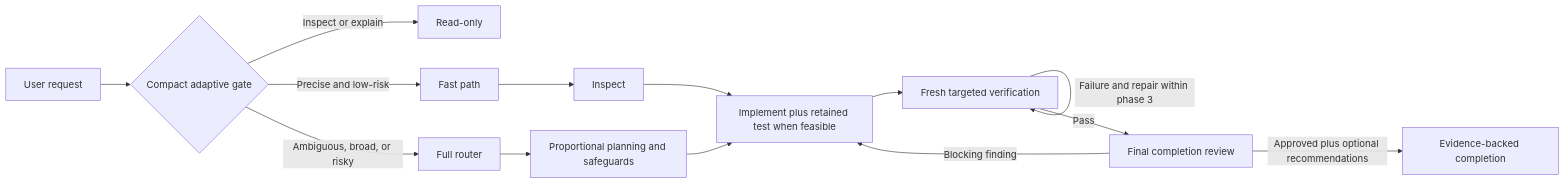
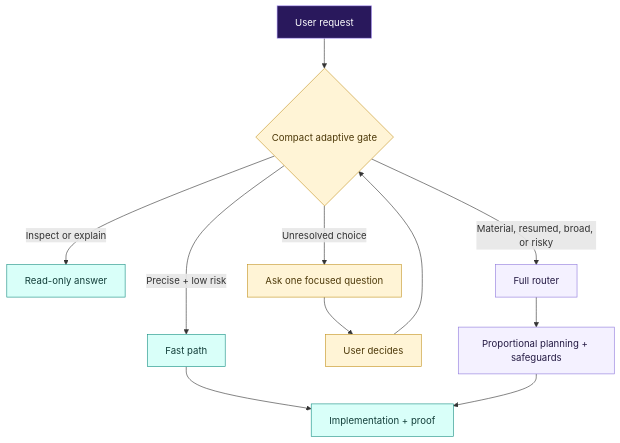
One commit to aididhaiqal/adaptive-superpowers changed the second of 4 diagrams in README.md. Above: the diagram before and after it, drawn with Mermaid. The commit also changed other lines of this file and 2 other files, not shown here.

````diff
--- a/README.md
+++ b/README.md
@@ -157,16 +189,22 @@
 ```mermaid
-flowchart LR
-    R[User request] --> G{Compact adaptive gate}
-    G -->|Inspect or explain| RO[Read-only]
-    G -->|Precise and low-risk| FP[Fast path]
-    G -->|Ambiguous, broad, or risky| FR[Full router]
-    FP --> I[Inspect]
-    I --> C[Implement plus retained test when feasible]
-    C --> V[Fresh targeted verification]
-    V -->|Failure and repair within phase 3| V
-    V -->|Pass| CR[Final completion review]
-    CR -->|Blocking finding| C
-    CR -->|Approved plus optional recommendations| E[Evidence-backed completion]
-    FR --> P[Proportional planning and safeguards]
+flowchart TB
+    R["User request"] --> G{"Compact adaptive gate"}
+    G -->|"Inspect or explain"| RO["Read-only answer"]
+    G -->|"Precise + low risk"| FP["Fast path"]
+    G -->|"Unresolved choice"| Q["Ask one focused question"]
+    G -->|"Material, resumed, broad, or risky"| FR["Full router"]
+    Q --> A["User decides"]
+    A --> G
+    FP --> C["Implementation + proof"]
+    FR --> P["Proportional planning + safeguards"]
     P --> C
+
+    classDef request fill:#29185c,stroke:#b8a4ff,color:#fff
+    classDef decision fill:#fff4d6,stroke:#c49422,color:#4d3909
+    classDef direct fill:#d9fff9,stroke:#168f83,color:#123e39
+    classDef guarded fill:#f4f1ff,stroke:#8f79dd,color:#241a43
+    class R request
+    class G,Q,A decision
+    class RO,FP,C direct
+    class FR,P guarded
 ```
````
